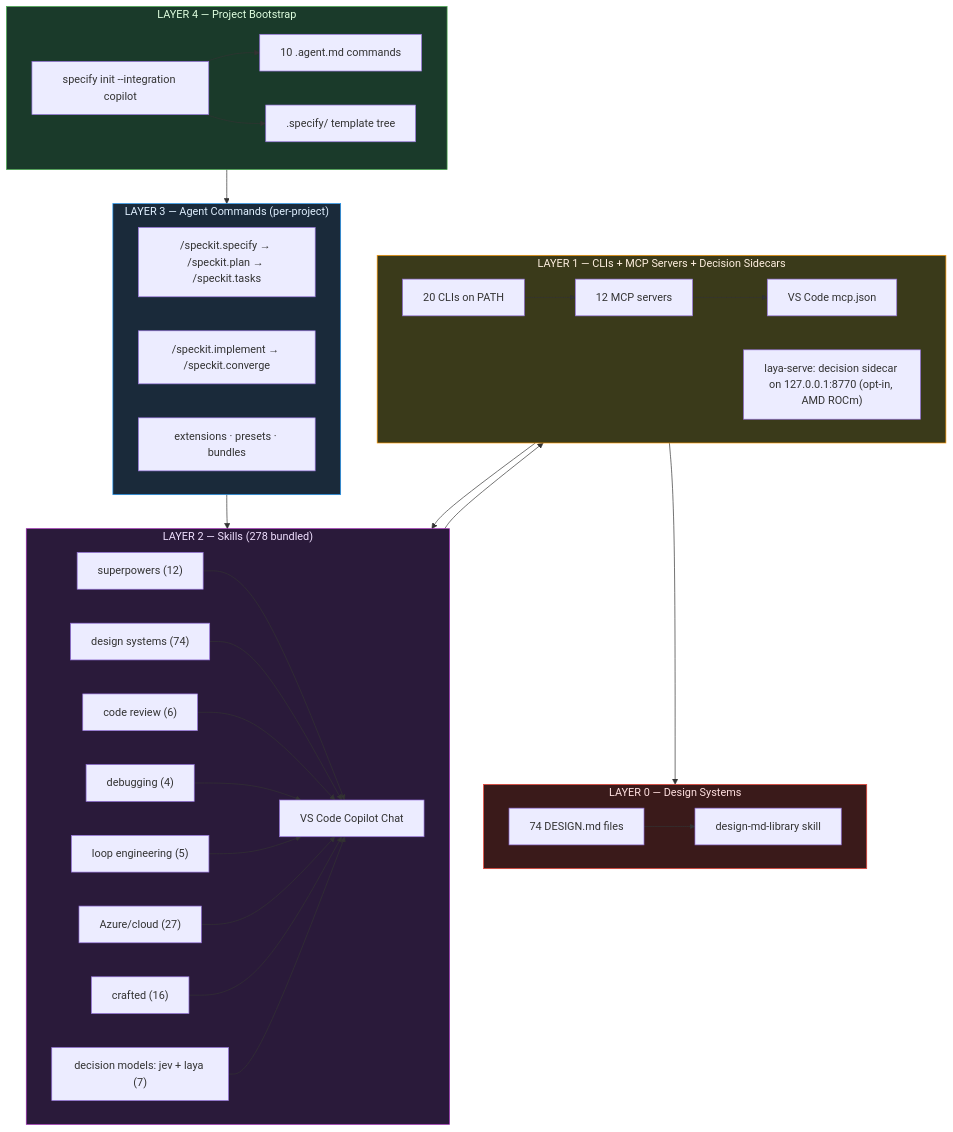
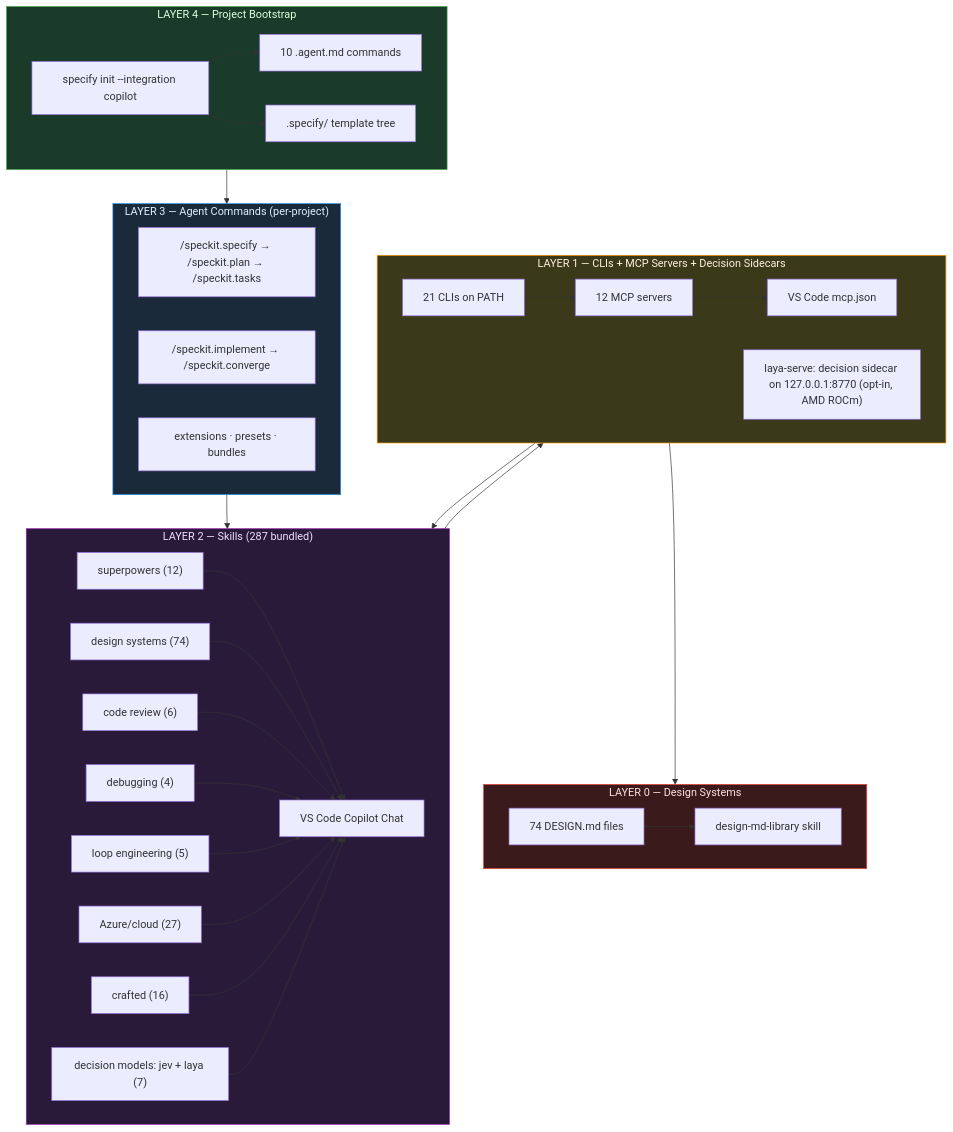
One commit to JZKK720/cubecloud-skills-bundle-kit changed the diagram in README.md. Above: the diagram before and after it, drawn with Mermaid. The commit also changed other lines of this file and 8 other files, not shown here.

````diff
--- a/README.md
+++ b/README.md
@@ -35,50 +35,50 @@
 ```mermaid
 graph TB
     subgraph L4["LAYER 4 — Project Bootstrap"]
         SPEC["specify init --integration copilot"]
         AGENTS["10 .agent.md commands"]
         TEMPLATES[".specify/ template tree"]
         SPEC --> AGENTS
         SPEC --> TEMPLATES
     end
 
     subgraph L3["LAYER 3 — Agent Commands (per-project)"]
         SD["/speckit.specify → /speckit.plan → /speckit.tasks"]
         IM["/speckit.implement → /speckit.converge"]
         EXT["extensions · presets · bundles"]
     end
 
-    subgraph L2["LAYER 2 — Skills (278 bundled)"]
+    subgraph L2["LAYER 2 — Skills (287 bundled)"]
         direction LR
         METH["superpowers (12)"] --> COPILOT["VS Code Copilot Chat"]
         DSN["design systems (74)"] --> COPILOT
         REV["code review (6)"] --> COPILOT
         DBG["debugging (4)"] --> COPILOT
         LOOP["loop engineering (5)"] --> COPILOT
         AZURE["Azure/cloud (27)"] --> COPILOT
         CRAFT["crafted (16)"] --> COPILOT
         DEC["decision models: jev + laya (7)"] --> COPILOT
     end
 
     subgraph L1["LAYER 1 — CLIs + MCP Servers + Decision Sidecars"]
         direction LR
-        CLI["20 CLIs on PATH"] --> MCP["12 MCP servers"]
+        CLI["21 CLIs on PATH"] --> MCP["12 MCP servers"]
         MCP --> VSCODE["VS Code mcp.json"]
         SC["laya-serve: decision sidecar on 127.0.0.1:8770 (opt-in, AMD ROCm)"] --> COPILOT
     end
 
     subgraph L0["LAYER 0 — Design Systems"]
         D74["74 DESIGN.md files"] --> LIB["design-md-library skill"]
     end
 
     L4 --> L3
     L3 --> L2
     L2 --> L1
     L1 --> L0
 
     style L4 fill:#1a3a2a,stroke:#4caf50,color:#e0ffe0
     style L3 fill:#1a2a3a,stroke:#2196f3,color:#e0f0ff
     style L2 fill:#2a1a3a,stroke:#9c27b0,color:#f0e0ff
     style L1 fill:#3a3a1a,stroke:#ff9800,color:#fff0e0
     style L0 fill:#3a1a1a,stroke:#f44336,color:#ffe0e0
 ```
````
